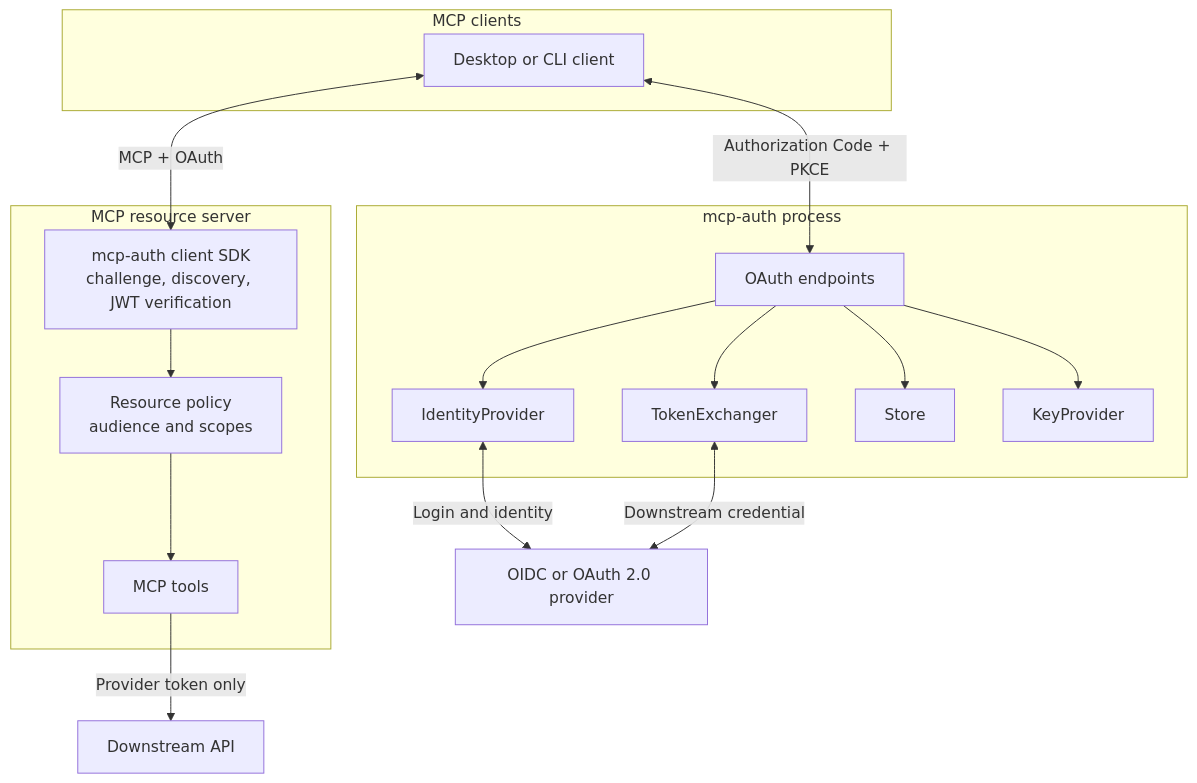
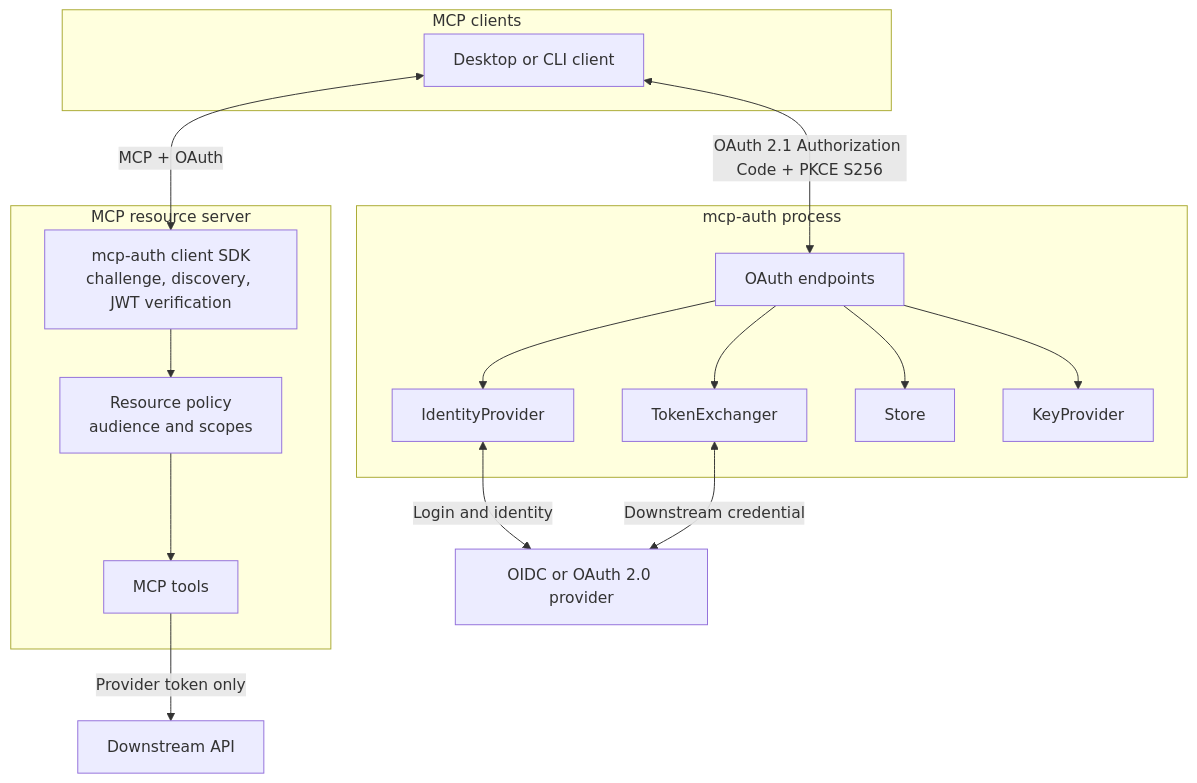
Before and after one commit to Agent-Hellboy/mcp-auth: the first of 4 diagrams in docs/architecture.md, drawn with Mermaid. The commit also changed other lines of this file and 8 other files, not shown here.

````diff
--- a/docs/architecture.md
+++ b/docs/architecture.md
@@ -19,34 +41,34 @@
 ```mermaid
 flowchart TB
     subgraph clients["MCP clients"]
         desktop["Desktop or CLI client"]
     end
 
     subgraph resource["MCP resource server"]
         tools["MCP tools"]
         sdk["mcp-auth client SDK<br/>challenge, discovery, JWT verification"]
         policy["Resource policy<br/>audience and scopes"]
         sdk --> policy --> tools
     end
 
     subgraph auth["mcp-auth process"]
         handlers["OAuth endpoints"]
         provider["IdentityProvider"]
         exchanger["TokenExchanger"]
         store["Store"]
         keys["KeyProvider"]
         handlers --> provider
         handlers --> exchanger
         handlers --> store
         handlers --> keys
     end
 
     idp["OIDC or OAuth 2.0 provider"]
     api["Downstream API"]
 
     desktop <-->|"MCP + OAuth"| sdk
-    desktop <-->|"Authorization Code + PKCE"| handlers
+    desktop <-->|"OAuth 2.1 Authorization Code + PKCE S256"| handlers
     provider <-->|"Login and identity"| idp
     exchanger <-->|"Downstream credential"| idp
     tools -->|"Provider token only"| api
 ```
````
